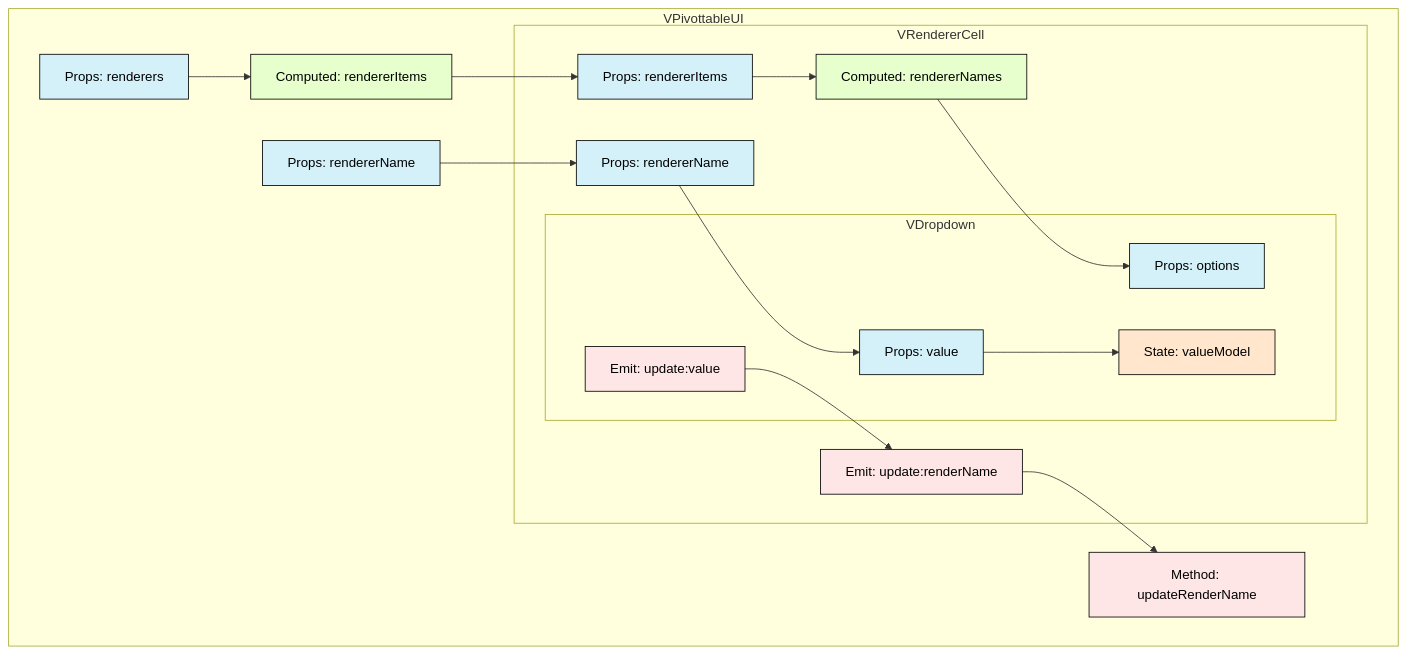
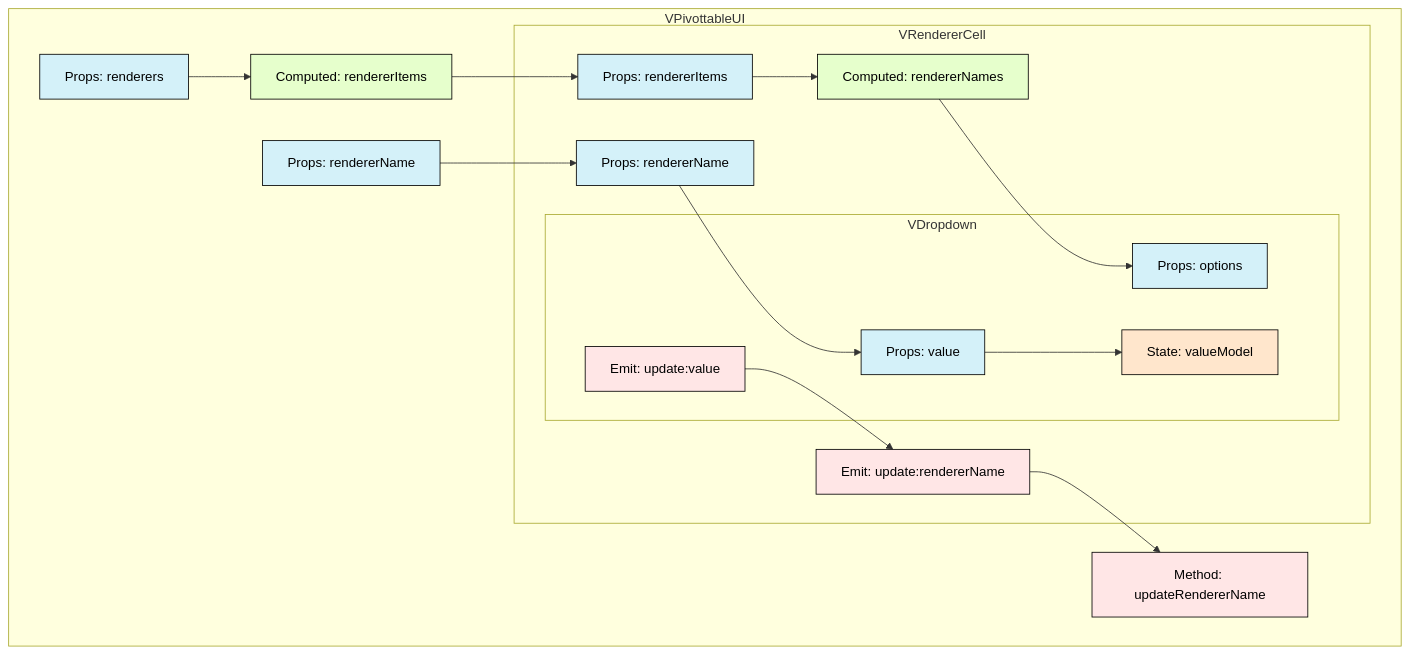
One commit to vue-pivottable/dev-docs changed the diagram in diagram/VRendererCell.md. Above: the diagram before and after it, drawn with Mermaid. The commit also changed other lines of this file, not shown here.

Commit message:
fix: missing render to renderer

````diff
--- a/diagram/VRendererCell.md
+++ b/diagram/VRendererCell.md
@@ -6,38 +6,38 @@
 ```mermaid
 graph TD
   %% 색상 정의
   classDef props fill:#d4f1f9,stroke:#000,stroke-width:1px,color:#000
   classDef state fill:#ffe6cc,stroke:#000,stroke-width:1px,color:#000
   classDef computed fill:#e6ffcc,stroke:#000,stroke-width:1px,color:#000
   classDef event fill:#ffe6e6,stroke:#000,stroke-width:1px,color:#000
   classDef component fill:#fff,stroke:#000,stroke-width:2px,color:#000
   classDef warnning fill:red,color:#fff
   
   subgraph A[VPivottableUI]
     A-P1[Props: renderers]:::props
     A-P2[Props: rendererName]:::props
     A-C1[Computed: rendererItems]:::computed
-    A-E1[Method: updateRenderName]:::event
+    A-E1[Method: updateRendererName]:::event
 
     subgraph B[VRendererCell]
       B-P1[Props: rendererItems]:::props
       B-C1[Computed: rendererNames]:::computed
       B-P2[Props: rendererName]:::props
-      B-E1[Emit: update:renderName]:::event
+      B-E1[Emit: update:rendererName]:::event
 
       subgraph C[VDropdown]
         C-P1[Props: options]:::props
         C-P2[Props: value]:::props
         C-S1[State: valueModel]:::state 
         C-E1[Emit: update:value]:::event
       end
     end
 
     %% 데이터 흐름
     A-P1 --> A-C1 --> B-P1 --> B-C1 --> C-P1
     A-P2 --> B-P2 --> C-P2 --> C-S1
 
     %% 이벤트 흐름
     C-E1 --> B-E1 --> A-E1
   end
 ```
````
